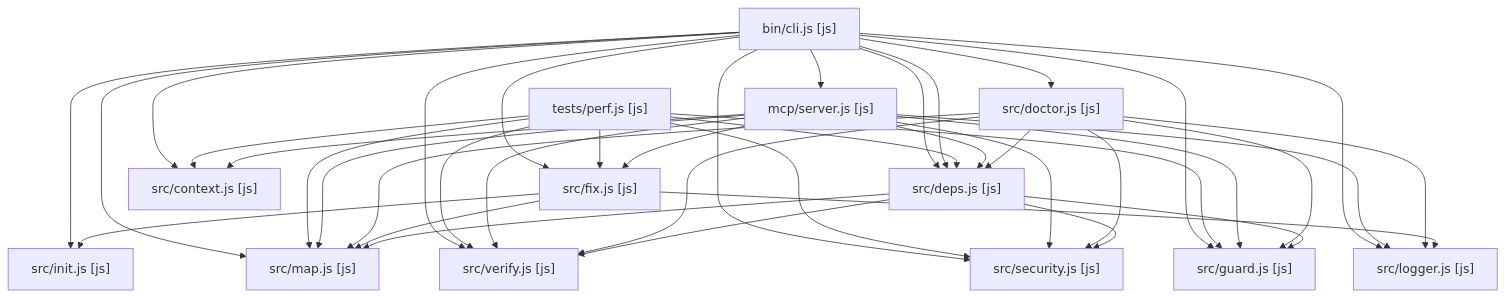
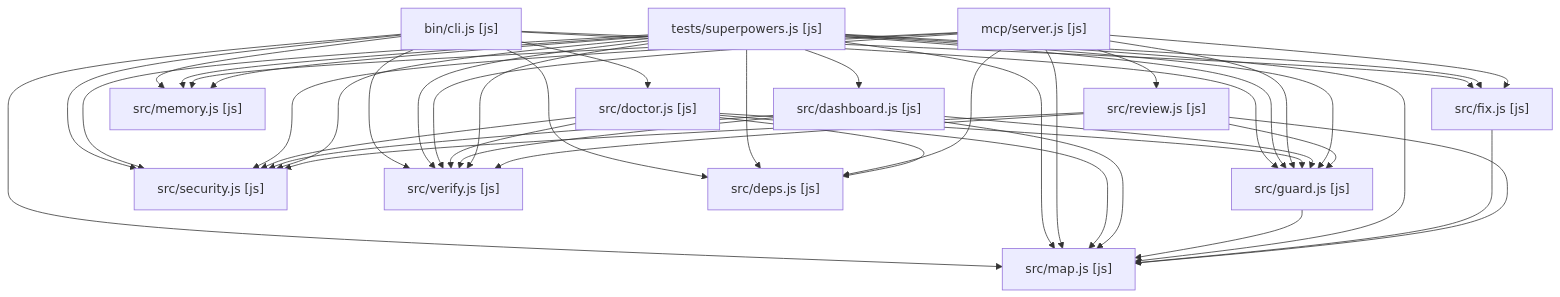
Before and after one commit to aureonagios/deep-era: the diagram in ARCHITECTURE.md, drawn with Mermaid. The commit also changed other lines of this file and 17 other files, not shown here.

````diff
--- a/ARCHITECTURE.md
+++ b/ARCHITECTURE.md
@@ -5,58 +5,62 @@
 ```mermaid
 flowchart TD
   n62696e2f636c["bin/cli.js [js]"]
   n74657374732f["tests/run.js [js]"]
   n6d63702f7365["mcp/server.js [js]"]
   n7372632f6d61["src/map.js [js]"]
   n7372632f646f["src/doctor.js [js]"]
-  n7372632f6669["src/fix.js [js]"]
+  n7372632f6461["src/dashboard.js [js]"]
+  n7372632f6775["src/guard.js [js]"]
   n7372632f7365["src/security.js [js]"]
-  n7372632f6465["src/demo.js [js]"]
-  n7372632f6775["src/guard.js [js]"]
   n7372632f7665["src/verify.js [js]"]
   n74657374732f["tests/perf.js [js]"]
+  n7372632f6669["src/fix.js [js]"]
+  n7372632f6d65["src/memory.js [js]"]
+  n7372632f7265["src/review.js [js]"]
+  n74657374732f["tests/superpowers.js [js]"]
   n7372632f6465["src/deps.js [js]"]
-  n7372632f696e["src/init.js [js]"]
-  n7372632f6c6f["src/logger.js [js]"]
-  n7372632f636f["src/context.js [js]"]
-  n62696e2f636c-->n7372632f696e
   n62696e2f636c-->n7372632f646f
   n62696e2f636c-->n7372632f6d61
   n62696e2f636c-->n7372632f7665
   n62696e2f636c-->n7372632f7365
   n62696e2f636c-->n7372632f6775
   n62696e2f636c-->n7372632f6465
-  n62696e2f636c-->n7372632f6c6f
   n62696e2f636c-->n7372632f6669
-  n62696e2f636c-->n7372632f636f
-  n62696e2f636c-->n7372632f6465
-  n62696e2f636c-->n6d63702f7365
+  n62696e2f636c-->n7372632f6d65
   n74657374732f-->n7372632f6d61
   n74657374732f-->n7372632f7365
-  n74657374732f-->n7372632f636f
   n74657374732f-->n7372632f7665
   n74657374732f-->n7372632f6669
   n74657374732f-->n7372632f6775
+  n74657374732f-->n7372632f6d65
   n74657374732f-->n7372632f6465
   n6d63702f7365-->n7372632f6d61
   n6d63702f7365-->n7372632f7665
   n6d63702f7365-->n7372632f7365
   n6d63702f7365-->n7372632f6775
-  n6d63702f7365-->n7372632f636f
-  n6d63702f7365-->n7372632f6c6f
+  n6d63702f7365-->n7372632f6d65
   n6d63702f7365-->n7372632f6669
+  n6d63702f7365-->n7372632f7265
   n6d63702f7365-->n7372632f6465
   n7372632f646f-->n7372632f6d61
   n7372632f646f-->n7372632f7665
   n7372632f646f-->n7372632f7365
   n7372632f646f-->n7372632f6775
   n7372632f646f-->n7372632f6465
-  n7372632f646f-->n7372632f6c6f
+  n7372632f6461-->n7372632f6d61
+  n7372632f6461-->n7372632f7665
+  n7372632f6461-->n7372632f7365
+  n7372632f6461-->n7372632f6775
+  n7372632f6775-->n7372632f6d61
+  n74657374732f-->n7372632f6d61
+  n74657374732f-->n7372632f6775
+  n74657374732f-->n7372632f7365
+  n74657374732f-->n7372632f7665
+  n74657374732f-->n7372632f6d65
   n7372632f6669-->n7372632f6d61
-  n7372632f6669-->n7372632f6c6f
-  n7372632f6669-->n7372632f696e
-  n7372632f6465-->n7372632f6d61
-  n7372632f6465-->n7372632f7665
-  n7372632f6465-->n7372632f7365
-  n7372632f6465-->n7372632f6775
+  n7372632f7265-->n7372632f6d61
+  n7372632f7265-->n7372632f7665
+  n7372632f7265-->n7372632f7365
+  n7372632f7265-->n7372632f6775
+  n74657374732f-->n7372632f6461
 ```
````
